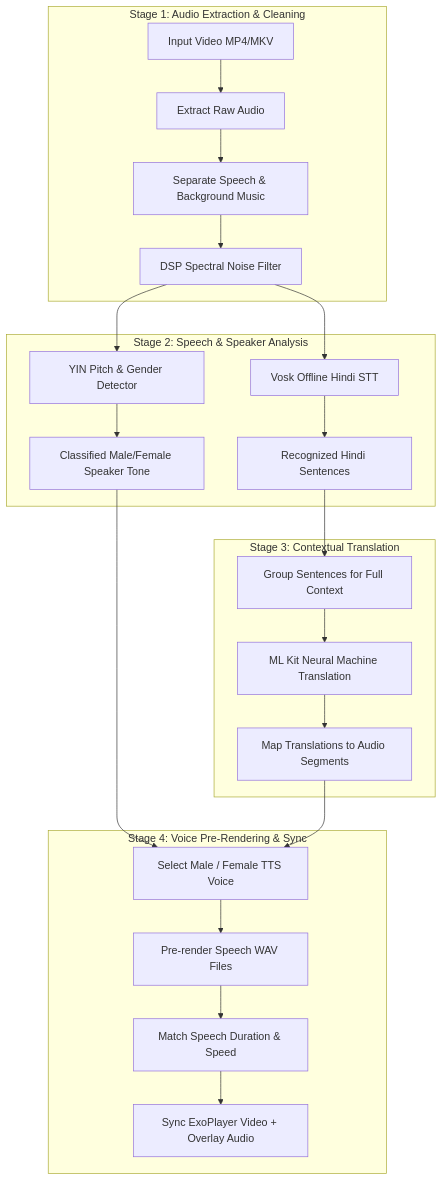
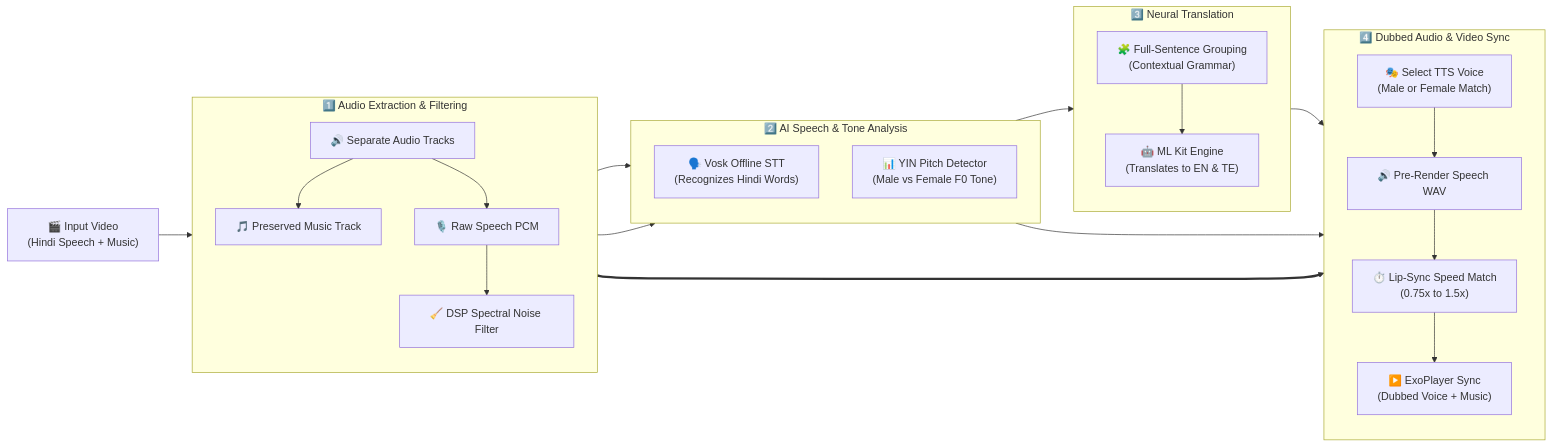
One commit to SyedSaad8008/Video-Translator changed the diagram in README.md. Above: the diagram before and after it, drawn with Mermaid. The commit also changed other lines of this file, not shown here.

Commit message:
docs: Redesign README flowchart with intuitive horizontal pipeline architecture

````diff
--- a/README.md
+++ b/README.md
@@ -11,33 +11,56 @@
 ```mermaid
-flowchart TD
-    %% Stage 1: Audio Extraction & Cleaning
-    subgraph Stage1 ["Stage 1: Audio Extraction & Cleaning"]
-        A[Input Video MP4/MKV] --> B[Extract Raw Audio]
-        B --> C[Separate Speech & Background Music]
-        C --> D[DSP Spectral Noise Filter]
+flowchart LR
+    %% Inputs
+    VIDEO["🎬 Input Video<br>(Hindi Speech + Music)"]
+
+    %% Phase 1: Audio Processing
+    subgraph P1 ["1️⃣ Audio Extraction & Filtering"]
+        direction TB
+        EXTRACT["🔊 Separate Audio Tracks"]
+        MUSIC["🎵 Preserved Music Track"]
+        SPEECH["🎙️ Raw Speech PCM"]
+        NOISE["🧹 DSP Spectral Noise Filter"]
+
+        EXTRACT --> MUSIC
+        EXTRACT --> SPEECH
+        SPEECH --> NOISE
     end
 
-    %% Stage 2: STT & Pitch Analysis
-    subgraph Stage2 ["Stage 2: Speech & Speaker Analysis"]
-        D --> E[Vosk Offline Hindi STT]
-        D --> F[YIN Pitch & Gender Detector]
-        E --> G[Recognized Hindi Sentences]
-        F --> H[Classified Male/Female Speaker Tone]
+    %% Phase 2: AI Speech & Pitch Analysis
+    subgraph P2 ["2️⃣ AI Speech & Tone Analysis"]
+        direction TB
+        STT["🗣️ Vosk Offline STT<br>(Recognizes Hindi Words)"]
+        PITCH["📊 YIN Pitch Detector<br>(Male vs Female F0 Tone)"]
     end
 
-    %% Stage 3: Two-Tier Translation
-    subgraph Stage3 ["Stage 3: Contextual Translation"]
-        G --> I[Group Sentences for Full Context]
-        I --> J[ML Kit Neural Machine Translation]
-        J --> K[Map Translations to Audio Segments]
+    %% Phase 3: Smart Translation
+    subgraph P3 ["3️⃣ Neural Translation"]
+        direction TB
+        CLUSTER["🧩 Full-Sentence Grouping<br>(Contextual Grammar)"]
+        TRANSLATE["🤖 ML Kit Engine<br>(Translates to EN & TE)"]
+
+        CLUSTER --> TRANSLATE
     end
 
-    %% Stage 4: Voice Synthesis & Video Playback
-    subgraph Stage4 ["Stage 4: Voice Pre-Rendering & Sync"]
-        H --> L[Select Male / Female TTS Voice]
-        K --> L
-        L --> M[Pre-render Speech WAV Files]
-        M --> N[Match Speech Duration & Speed]
-        N --> O[Sync ExoPlayer Video + Overlay Audio]
+    %% Phase 4: Voice Synthesis & Video Playback
+    subgraph P4 ["4️⃣ Dubbed Audio & Video Sync"]
+        direction TB
+        VOICE["🎭 Select TTS Voice<br>(Male or Female Match)"]
+        TTS["🔊 Pre-Render Speech WAV"]
+        SPEED["⏱️ Lip-Sync Speed Match<br>(0.75x to 1.5x)"]
+        PLAYBACK["▶️ ExoPlayer Sync<br>(Dubbed Voice + Music)"]
+
+        VOICE --> TTS
+        TTS --> SPEED
+        SPEED --> PLAYBACK
     end
+
+    %% Main Pipeline Flow
+    VIDEO --> EXTRACT
+    NOISE --> STT
+    NOISE --> PITCH
+    STT --> CLUSTER
+    TRANSLATE --> VOICE
+    PITCH --> VOICE
+    MUSIC ==> PLAYBACK
 ```
````
